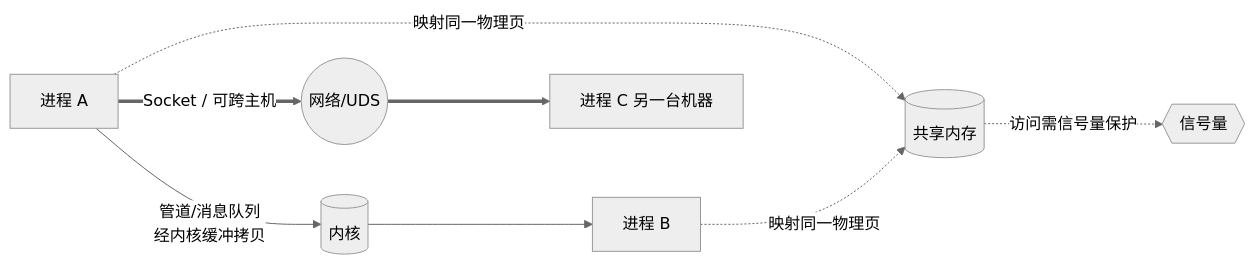
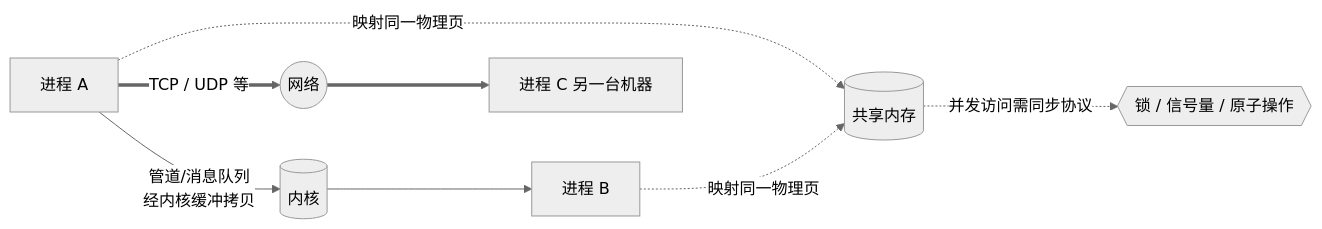
Before and after one commit to AmbitionC/front-end-journey-resource: the diagram in knowledge/cs/os/os-ipc.md, drawn with Mermaid (neutral theme). The commit also changed other lines of this file and 36 other files, not shown here.

````diff
--- a/knowledge/cs/os/os-ipc.md
+++ b/knowledge/cs/os/os-ipc.md
@@ -166,9 +165,9 @@
 ```mermaid
 flowchart LR
     A[进程 A] -->|管道/消息队列<br>经内核缓冲拷贝| K[(内核)]
     K --> B[进程 B]
     A -.映射同一物理页.-> SHM[(共享内存)]
     B -.映射同一物理页.-> SHM
-    SHM -.访问需信号量保护.-> SEM{{信号量}}
-    A ==>|Socket / 可跨主机| N((网络/UDS)) ==> C[进程 C 另一台机器]
+    SHM -.并发访问需同步协议.-> SEM{{锁 / 信号量 / 原子操作}}
+    A ==>|TCP / UDP 等| N((网络)) ==> C[进程 C 另一台机器]
 ```
````
